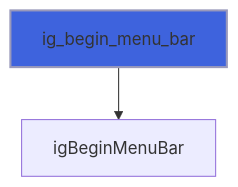
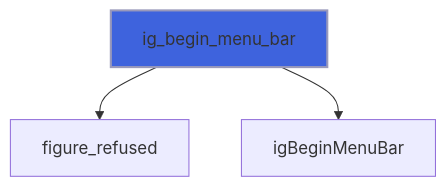
The ninth of 14 diagrams in docs/api/src/lib/figure_menu.md (szaghi/figure), drawn with Mermaid before and after one commit. The commit also changed other lines of this file and 13 other files, not shown here.

````diff
--- a/docs/api/src/lib/figure_menu.md
+++ b/docs/api/src/lib/figure_menu.md
@@ -185,5 +186,6 @@
 ```mermaid
 flowchart TD
+  ig_begin_menu_bar["ig_begin_menu_bar"] --> figure_refused["figure_refused"]
   ig_begin_menu_bar["ig_begin_menu_bar"] --> igBeginMenuBar["igBeginMenuBar"]
   style ig_begin_menu_bar fill:#3e63dd,stroke:#99b,stroke-width:2px
 ```
````
